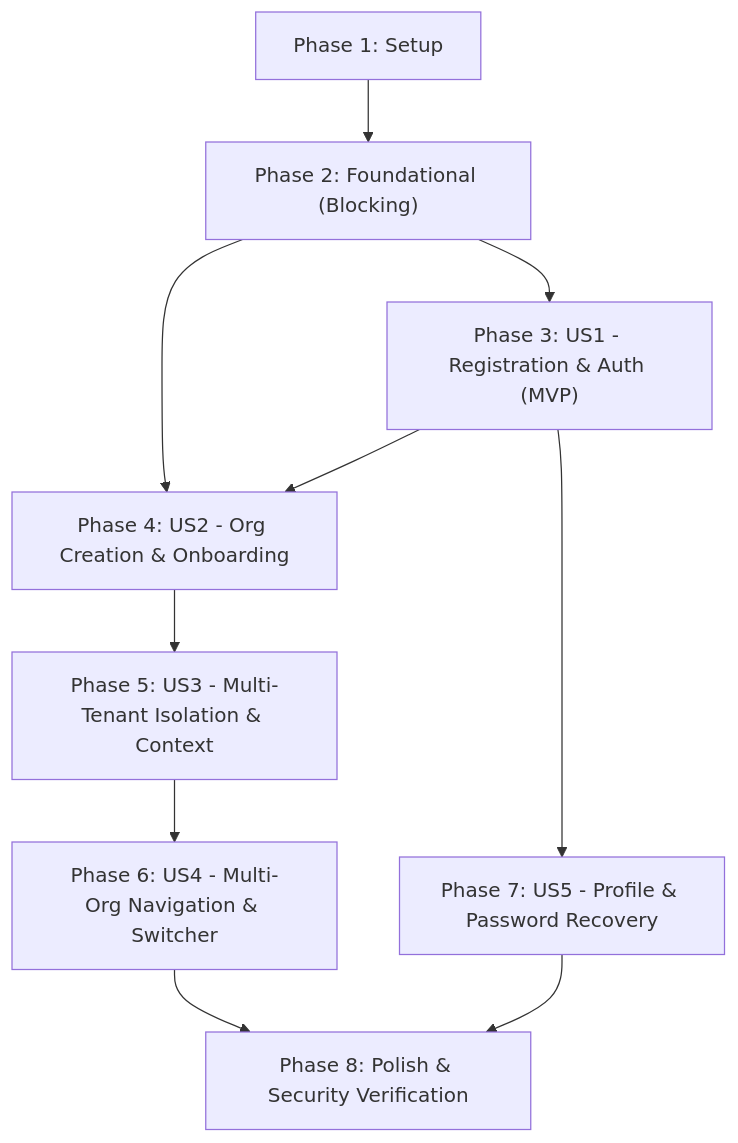
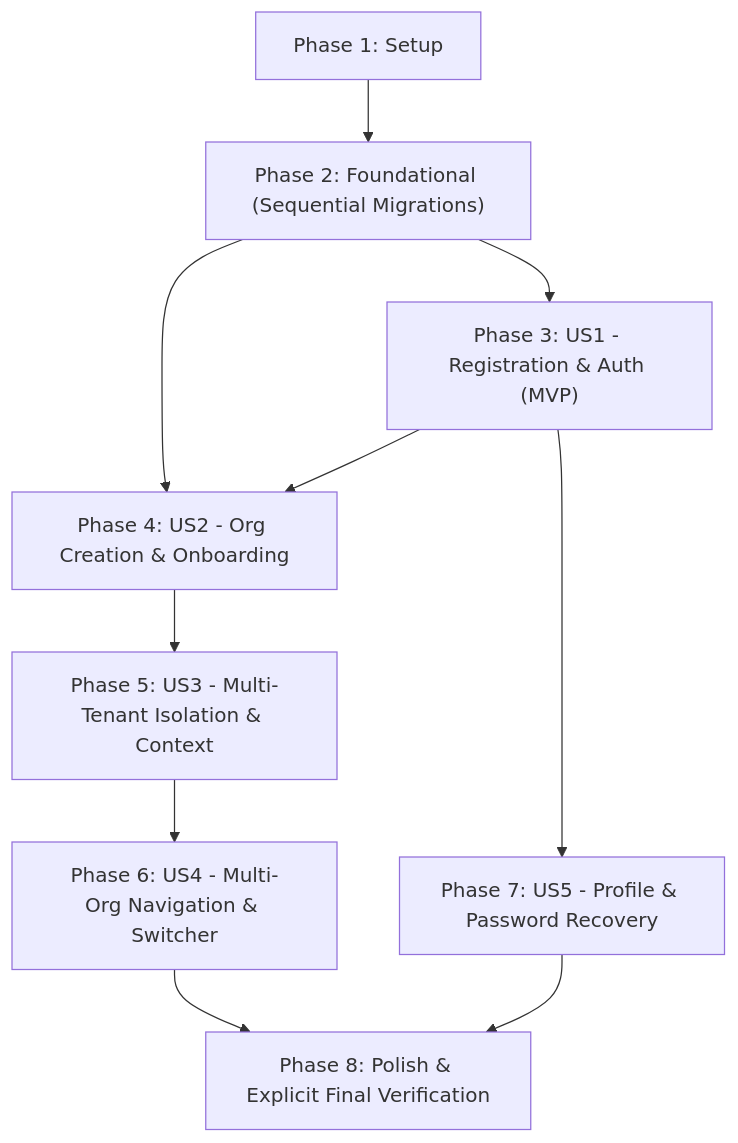
One commit to Devheyru/BizFlow-AI changed the diagram in specs/001-auth-organization/tasks.md. Above: the diagram before and after it, drawn with Mermaid. The commit also changed other lines of this file, not shown here.

````diff
--- a/specs/001-auth-organization/tasks.md
+++ b/specs/001-auth-organization/tasks.md
@@ -186,12 +219,12 @@
 ```mermaid
 flowchart TD
-    P1["Phase 1: Setup"] --> P2["Phase 2: Foundational (Blocking)"]
+    P1["Phase 1: Setup"] --> P2["Phase 2: Foundational (Sequential Migrations)"]
     P2 --> P3["Phase 3: US1 - Registration & Auth (MVP)"]
     P2 --> P4["Phase 4: US2 - Org Creation & Onboarding"]
     P3 --> P4
     P4 --> P5["Phase 5: US3 - Multi-Tenant Isolation & Context"]
     P5 --> P6["Phase 6: US4 - Multi-Org Navigation & Switcher"]
     P3 --> P7["Phase 7: US5 - Profile & Password Recovery"]
-    P6 --> P8["Phase 8: Polish & Security Verification"]
+    P6 --> P8["Phase 8: Polish & Explicit Final Verification"]
     P7 --> P8
 ```
````
